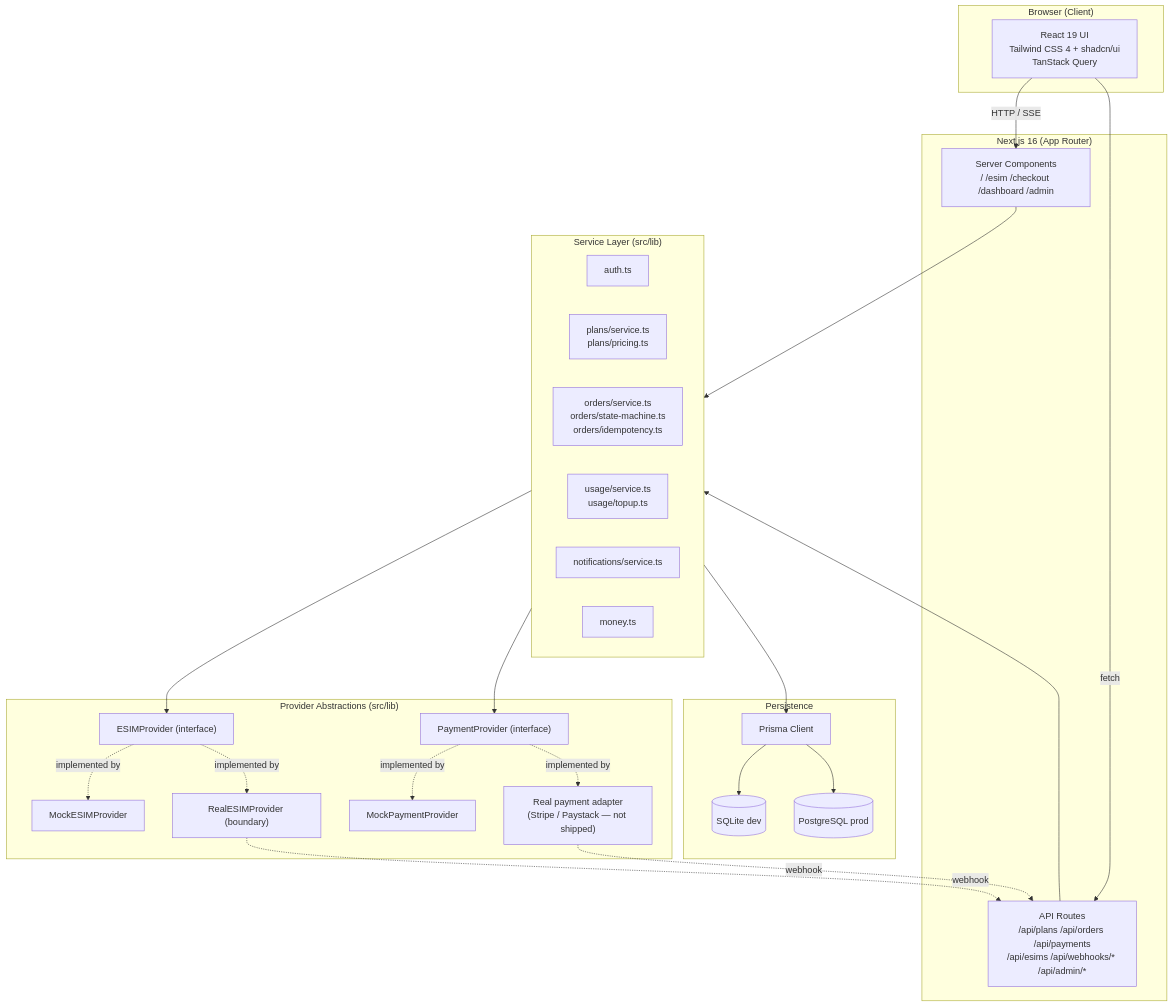
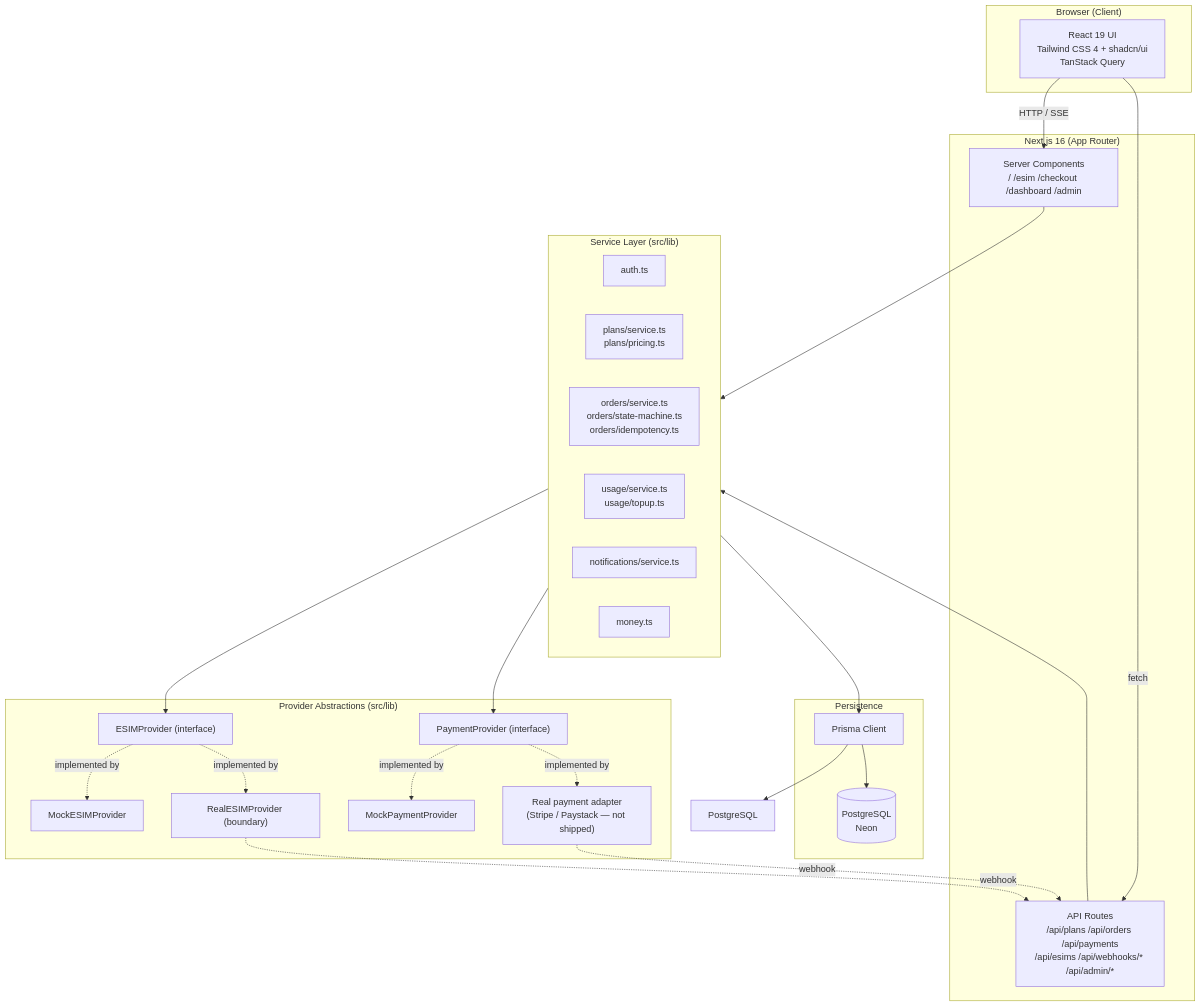
The first of 6 diagrams in docs/architecture.md (pectoraux/roamlink), drawn with Mermaid before and after one commit. The commit also changed other lines of this file and 3 other files, not shown here.

First line of the commit message:
fix: lock PostgreSQL as the only supported database — remove all SQLite references

````diff
--- a/docs/architecture.md
+++ b/docs/architecture.md
@@ -12,52 +12,51 @@
 ```mermaid
 flowchart TB
   subgraph Client["Browser (Client)"]
     UI["React 19 UI<br/>Tailwind CSS 4 + shadcn/ui<br/>TanStack Query"]
   end
 
   subgraph Next["Next.js 16 (App Router)"]
     SC["Server Components<br/>/ /esim /checkout /dashboard /admin"]
     API["API Routes<br/>/api/plans /api/orders /api/payments<br/>/api/esims /api/webhooks/* /api/admin/*"]
   end
 
   subgraph Lib["Service Layer (src/lib)"]
     Auth["auth.ts"]
     Plans["plans/service.ts<br/>plans/pricing.ts"]
     Orders["orders/service.ts<br/>orders/state-machine.ts<br/>orders/idempotency.ts"]
     Usage["usage/service.ts<br/>usage/topup.ts"]
     Notify["notifications/service.ts"]
     Money["money.ts"]
   end
 
   subgraph Providers["Provider Abstractions (src/lib)"]
     ESimIface["ESIMProvider (interface)"]
     PayIface["PaymentProvider (interface)"]
     MockE["MockESIMProvider"]
     RealE["RealESIMProvider (boundary)"]
     MockP["MockPaymentProvider"]
     RealP["Real payment adapter<br/>(Stripe / Paystack — not shipped)"]
   end
 
   subgraph DB["Persistence"]
     Prisma["Prisma Client"]
-    SQLite[("SQLite dev")]
-    Pg[("PostgreSQL prod")]
+    Pg[("PostgreSQL<br/>Neon")]
   end
 
   UI -->|HTTP / SSE| SC
   UI -->|fetch| API
   SC --> Lib
   API --> Lib
   Lib --> ESimIface
   Lib --> PayIface
   ESimIface -.implemented by.-> MockE
   ESimIface -.implemented by.-> RealE
   PayIface -.implemented by.-> MockP
   PayIface -.implemented by.-> RealP
   Lib --> Prisma
-  Prisma --> SQLite
+  Prisma --> PostgreSQL
   Prisma --> Pg
 
   RealE -.webhook.-> API
   RealP -.webhook.-> API
 ```
````
